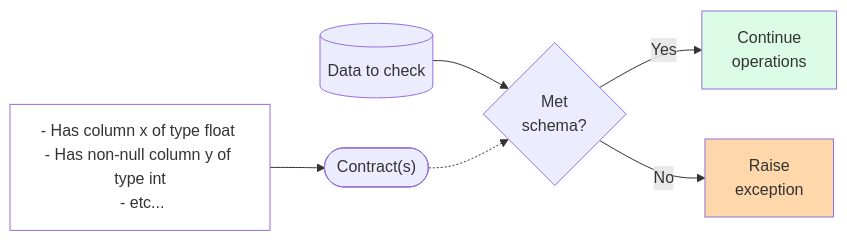
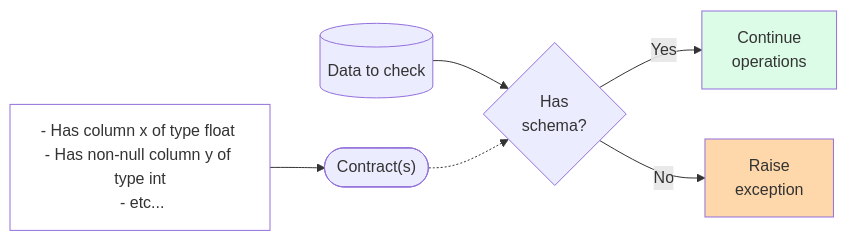
One commit to CU-DBMI/set-website changed the fifth of 5 diagrams in _posts/2023-10-04-Data-Quality-Checks.md. Above: the diagram before and after it, drawn with Mermaid. The commit also changed other lines of this file, not shown here.

Commit message:
schema verification through pandera and jsonschema

````diff
--- a/_posts/2023-10-04-Data-Quality-Checks.md
+++ b/_posts/2023-10-04-Data-Quality-Checks.md
@@ -240,20 +223,20 @@
 ```mermaid!
 flowchart LR
 
     input_data[("Data to check")]
-    met_specs{"Met\nschema?"}
+    has_schema{"Has\nschema?"}
     contract(["Contract(s)"])
     schema["- Has column x of type float \n- Has non-null column y of type int\n - etc..."]
     continue["Continue\noperations"]
     error["Raise\nexception"]
 
     schema --> contract
-    input_data --> met_specs
-    contract -.-> met_specs
-    met_specs --> | Yes | continue
-    met_specs --> | No | error
+    input_data --> has_schema
+    contract -.-> has_schema
+    has_schema --> | Yes | continue
+    has_schema --> | No | error
 
     style error fill:#FED7AA
     style continue fill:#DCFCE7
     style schema fill:#fff
 ```
````
